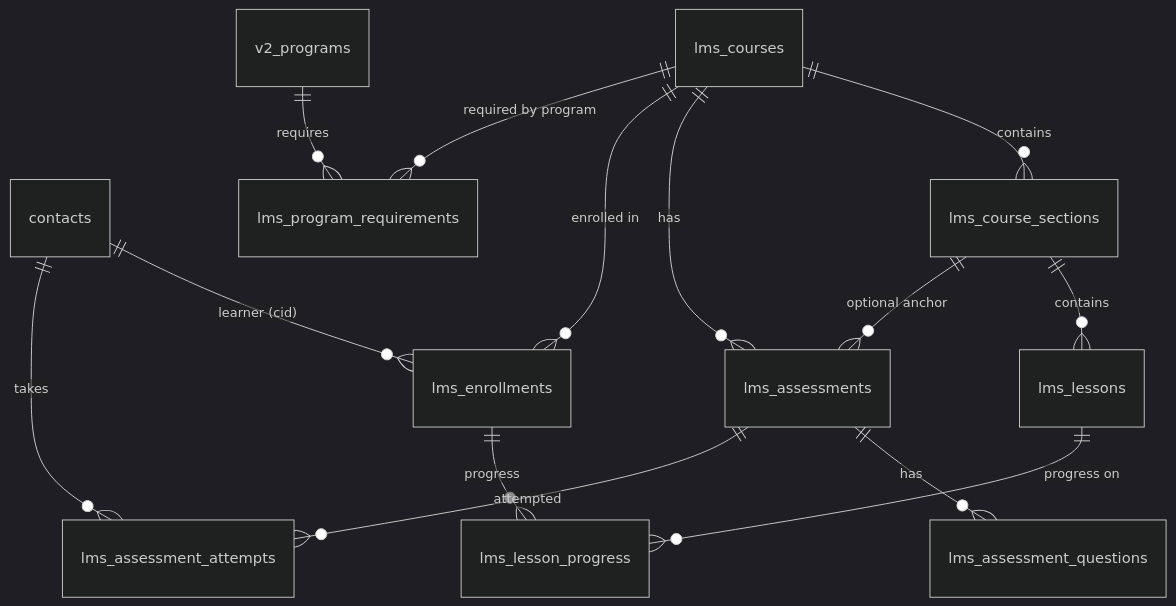
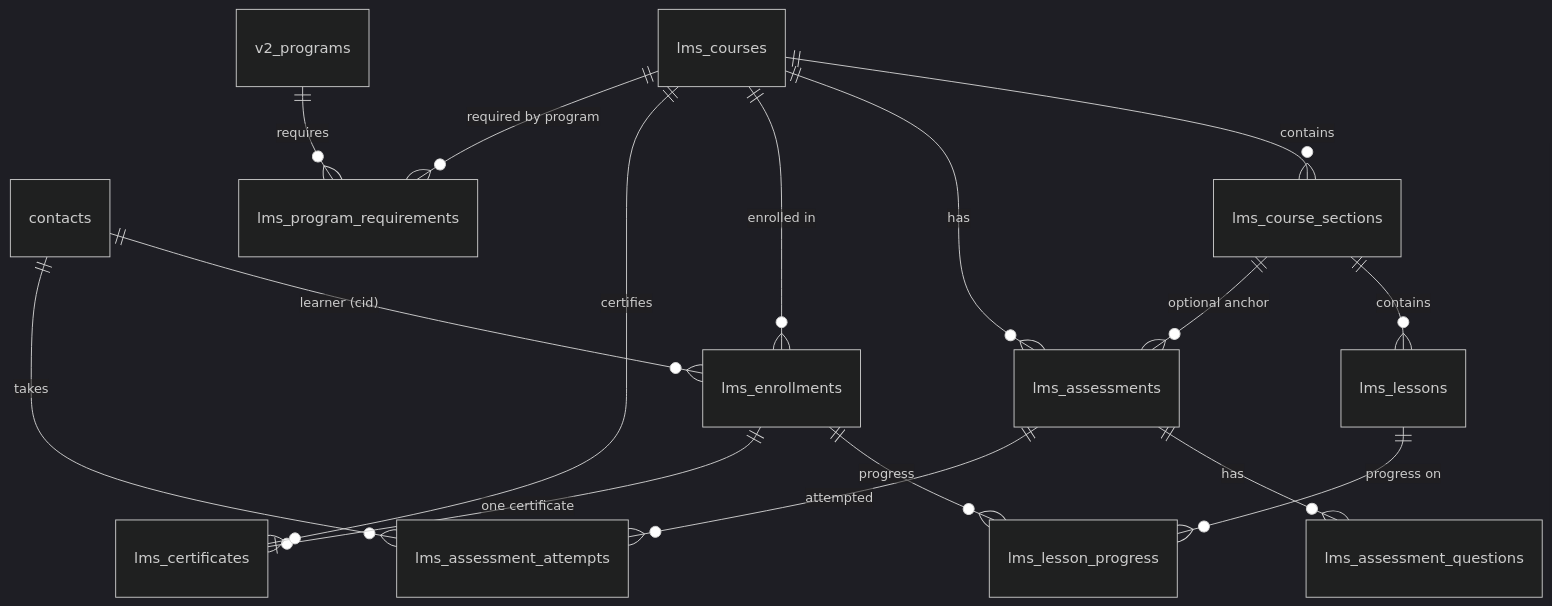
Before and after one commit to FuturestudiointernalOPS/Internal-Incubation-Management-Tracking-System-PWA-: the diagram in docs/LMS_ARCHITECTURE.md, drawn with Mermaid (dark theme). The commit also changed other lines of this file and 1 other file, not shown here.

Commit message:
docs(lms): document certificates phase

````diff
--- a/docs/LMS_ARCHITECTURE.md
+++ b/docs/LMS_ARCHITECTURE.md
@@ -35,16 +37,18 @@
 ```mermaid
 erDiagram
     contacts ||--o{ lms_enrollments : "learner (cid)"
     contacts ||--o{ lms_assessment_attempts : "takes"
     lms_courses ||--o{ lms_course_sections : "contains"
     lms_course_sections ||--o{ lms_lessons : "contains"
     lms_courses ||--o{ lms_assessments : "has"
     lms_course_sections ||--o{ lms_assessments : "optional anchor"
     lms_assessments ||--o{ lms_assessment_questions : "has"
     lms_assessments ||--o{ lms_assessment_attempts : "attempted"
     lms_courses ||--o{ lms_enrollments : "enrolled in"
     lms_enrollments ||--o{ lms_lesson_progress : "progress"
+    lms_enrollments ||--o| lms_certificates : "one certificate"
+    lms_courses ||--o{ lms_certificates : "certifies"
     lms_lessons ||--o{ lms_lesson_progress : "progress on"
     lms_courses ||--o{ lms_program_requirements : "required by program"
     v2_programs ||--o{ lms_program_requirements : "requires"
 ```
````
